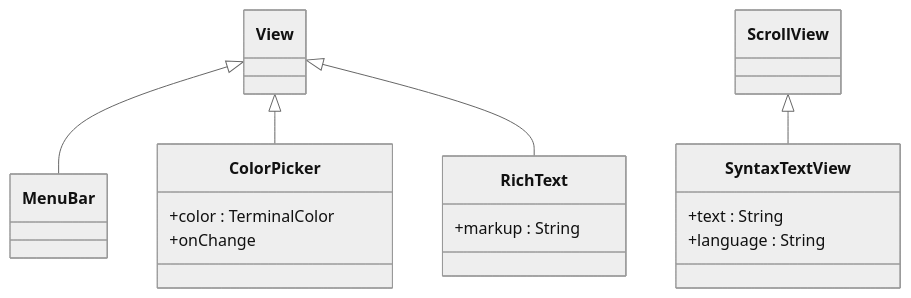
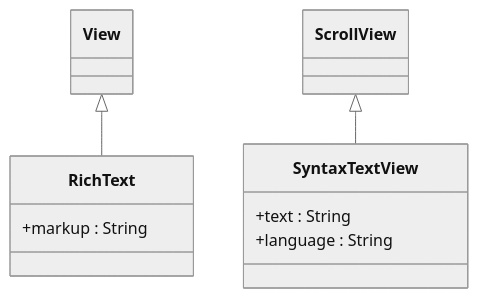
Before and after one commit to bobbyski/TUIKit: the second of 2 diagrams in Docs/ControlsUML.md, drawn with Mermaid (neutral theme). The commit also changed other lines of this file and 5 other files, not shown here.

````diff
--- a/Docs/ControlsUML.md
+++ b/Docs/ControlsUML.md
@@ -297,25 +333,18 @@
 ```mermaid
 classDiagram
     direction TB
 
     class View
     class ScrollView
 
-    class MenuBar
-    class ColorPicker {
-        +color : TerminalColor
-        +onChange
-    }
     class RichText {
         +markup : String
     }
     class SyntaxTextView {
         +text : String
         +language : String
     }
 
-    View <|-- MenuBar
-    View <|-- ColorPicker
     View <|-- RichText
     ScrollView <|-- SyntaxTextView
 ```
````
